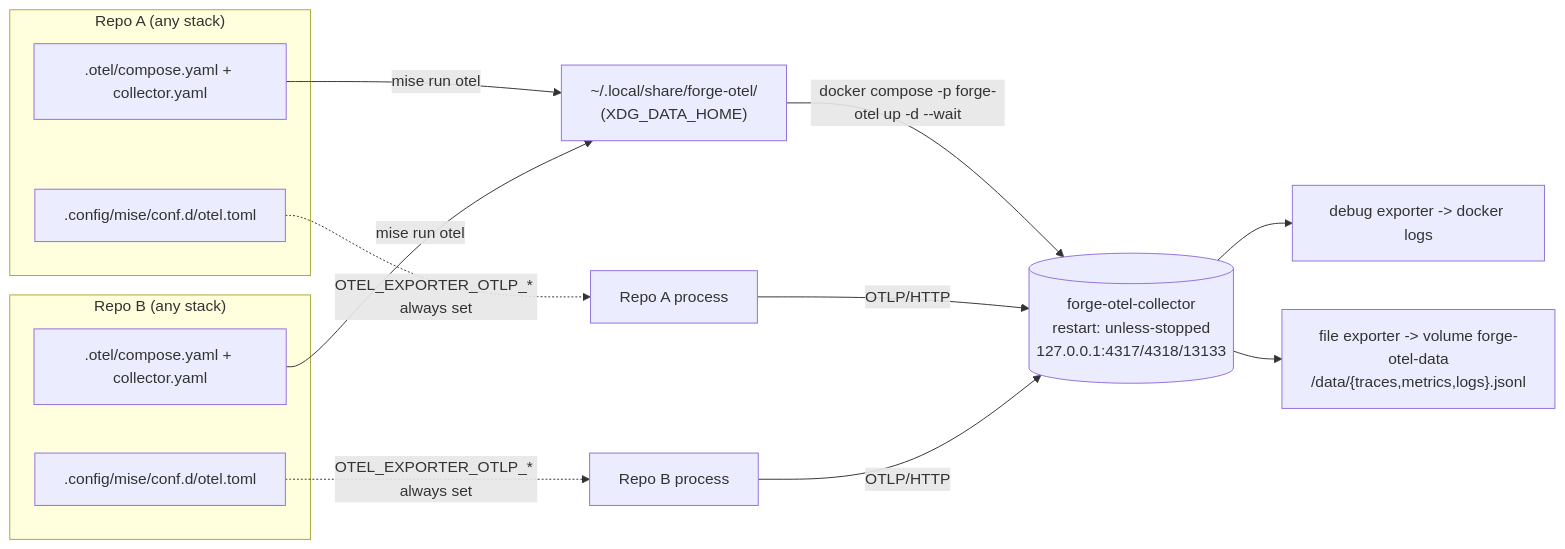
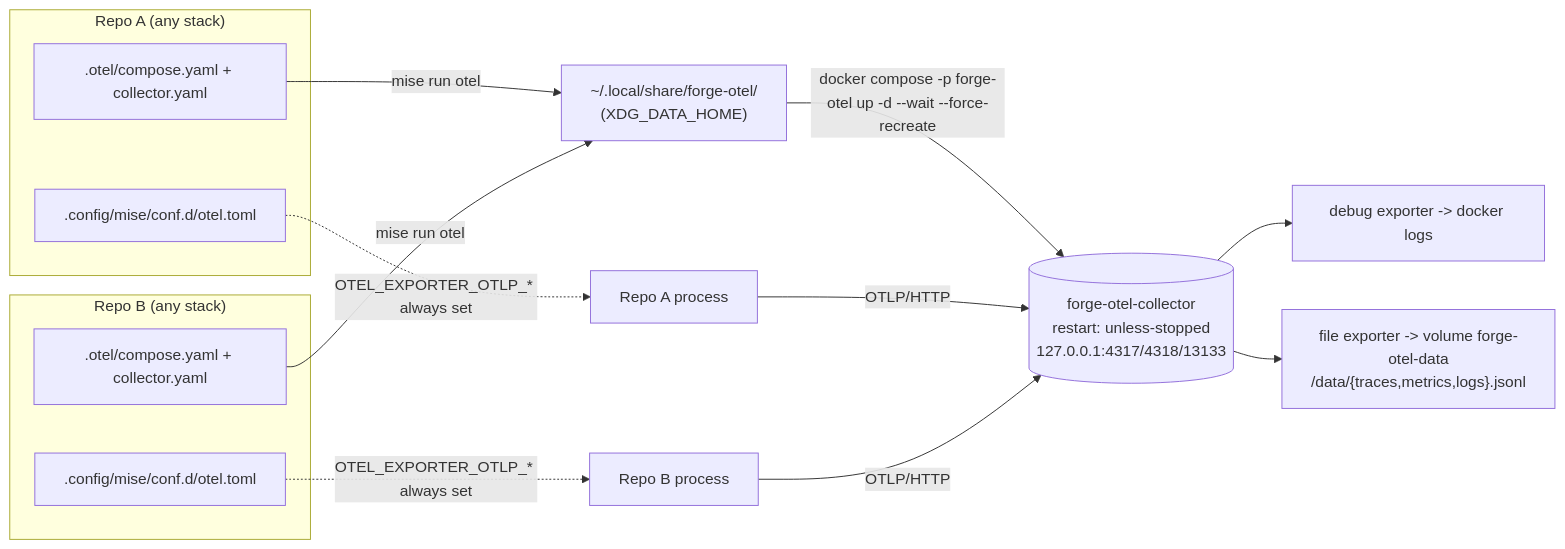
The diagram in docs/adr/0021-system-wide-otel-collector-via-mise.md (AvogadroSG1/forge), drawn with Mermaid before and after one commit. The commit also changed other lines of this file and 8 other files, not shown here.

First line of the commit message:
fix(otel): force-recreate the collector so edited config takes effect

````diff
--- a/docs/adr/0021-system-wide-otel-collector-via-mise.md
+++ b/docs/adr/0021-system-wide-otel-collector-via-mise.md
@@ -70,20 +78,20 @@
 ```mermaid
 flowchart LR
     subgraph RepoA["Repo A (any stack)"]
       EA[".config/mise/conf.d/otel.toml"]
       OA[".otel/compose.yaml + collector.yaml"]
     end
     subgraph RepoB["Repo B (any stack)"]
       EB[".config/mise/conf.d/otel.toml"]
       OB[".otel/compose.yaml + collector.yaml"]
     end
     OA -- "mise run otel" --> SD["~/.local/share/forge-otel/<br/>(XDG_DATA_HOME)"]
     OB -- "mise run otel" --> SD
-    SD -- "docker compose -p forge-otel up -d --wait" --> C[("forge-otel-collector<br/>restart: unless-stopped<br/>127.0.0.1:4317/4318/13133")]
+    SD -- "docker compose -p forge-otel up -d --wait --force-recreate" --> C[("forge-otel-collector<br/>restart: unless-stopped<br/>127.0.0.1:4317/4318/13133")]
     EA -. "OTEL_EXPORTER_OTLP_* always set" .-> AppA["Repo A process"]
     EB -. "OTEL_EXPORTER_OTLP_* always set" .-> AppB["Repo B process"]
     AppA -- OTLP/HTTP --> C
     AppB -- OTLP/HTTP --> C
     C --> Debug["debug exporter -> docker logs"]
     C --> File["file exporter -> volume forge-otel-data<br/>/data/{traces,metrics,logs}.jsonl"]
 ```
````
